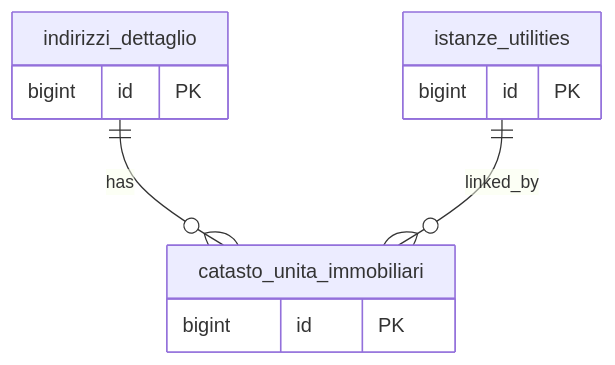
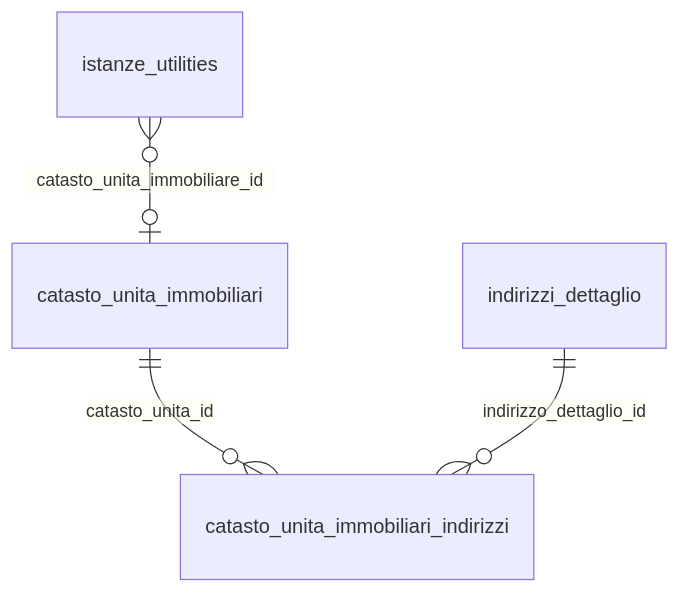
The diagram in docs/it/dbzero/anagrafiche/manual/catasto_unita_immobiliari.md (Tito-it/ZeroErp), drawn with Mermaid before and after one commit. The commit also changed other lines of this file and 109 other files, not shown here.

First line of the commit message:
Anagrafiche: la documentazione di indirizzi, contatti e catasto allo standard (giro 0c)

````diff
--- a/docs/it/dbzero/anagrafiche/manual/catasto_unita_immobiliari.md
+++ b/docs/it/dbzero/anagrafiche/manual/catasto_unita_immobiliari.md
@@ -93,11 +45,7 @@
 ```mermaid
 %%{init: {'er': {'layoutDirection': 'TB'}}}%%
 erDiagram
-    indirizzi_dettaglio ||--o{ catasto_unita_immobiliari : has
-    istanze_utilities   ||--o{ catasto_unita_immobiliari : linked_by
-
-    indirizzi_dettaglio { bigint id PK }
-    istanze_utilities   { bigint id PK }
-    catasto_unita_immobiliari      { bigint id PK }
-
+    istanze_utilities }o--o| catasto_unita_immobiliari : "catasto_unita_immobiliare_id"
+    catasto_unita_immobiliari ||--o{ catasto_unita_immobiliari_indirizzi : "catasto_unita_id"
+    indirizzi_dettaglio ||--o{ catasto_unita_immobiliari_indirizzi : "indirizzo_dettaglio_id"
 ```
````
